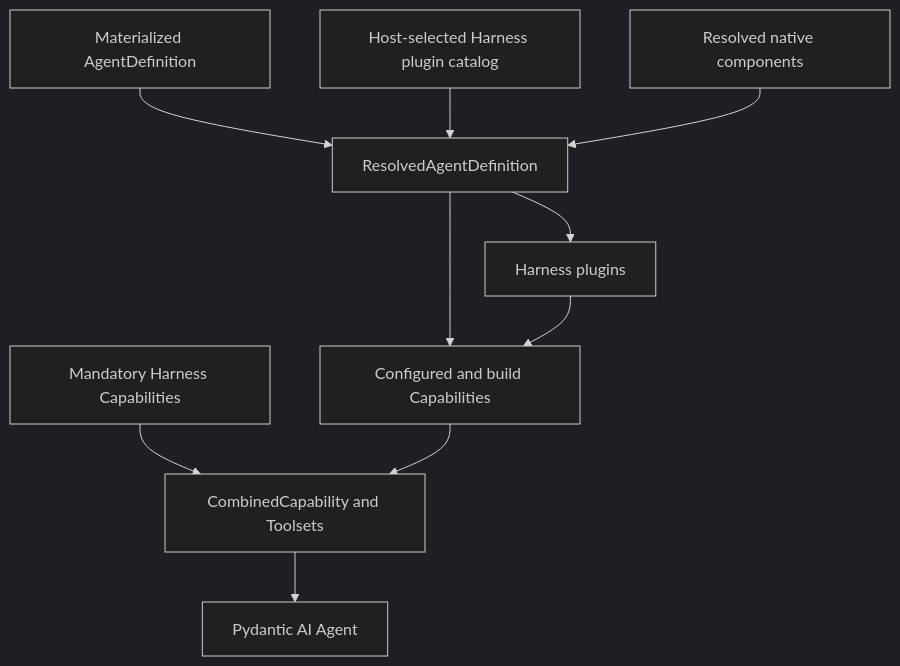
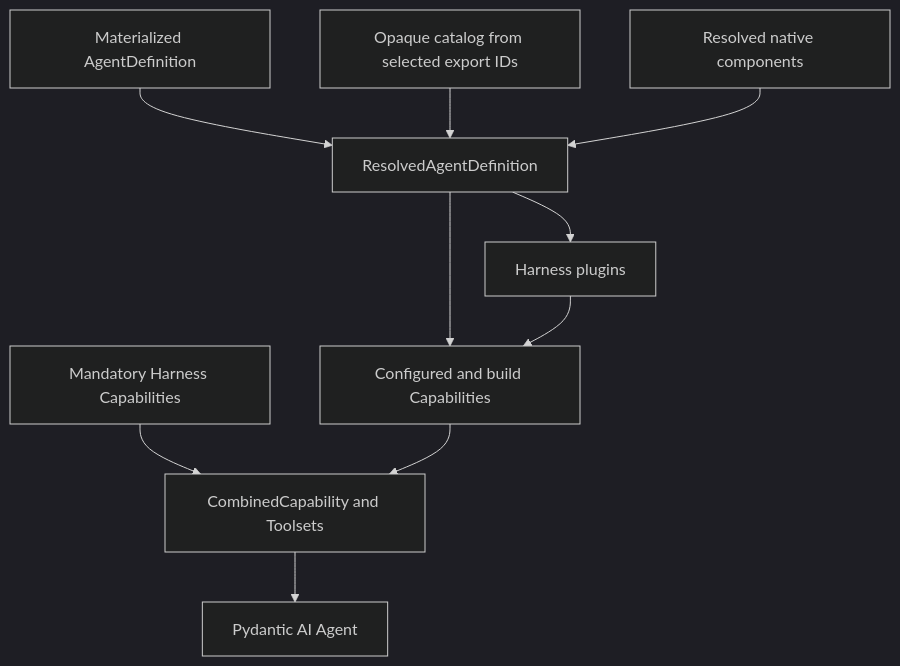
One commit to LTThreeComma/agent-foundation changed the first of 2 diagrams in spec/agent-harness/17-core-capability-catalog.md. Above: the diagram before and after it, drawn with Mermaid (dark theme). The commit also changed other lines of this file and 19 other files, not shown here.

````diff
--- a/spec/agent-harness/17-core-capability-catalog.md
+++ b/spec/agent-harness/17-core-capability-catalog.md
@@ -7,12 +7,12 @@
 ```mermaid
 flowchart TB
     Definition[Materialized AgentDefinition] --> Plan[ResolvedAgentDefinition]
-    PluginCatalog[Host-selected Harness plugin catalog] --> Plan
+    PluginCatalog[Opaque catalog from selected export IDs] --> Plan
     Native[Resolved native components] --> Plan
     Plan --> Plugins[Harness plugins]
     Plan --> Optional[Configured and build Capabilities]
     Plugins --> Optional
     Core[Mandatory Harness Capabilities] --> Compose[CombinedCapability and Toolsets]
     Optional --> Compose
     Compose --> Agent[Pydantic AI Agent]
 ```
````
